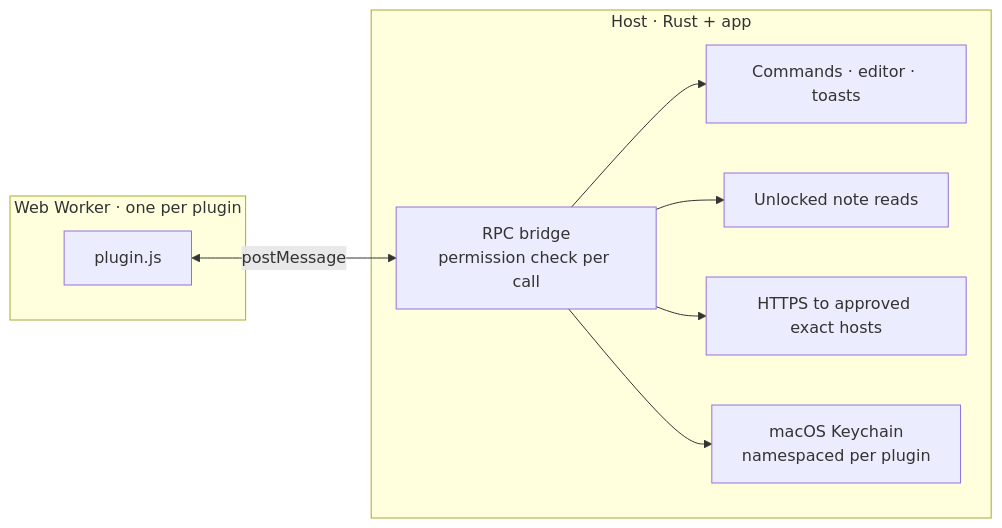
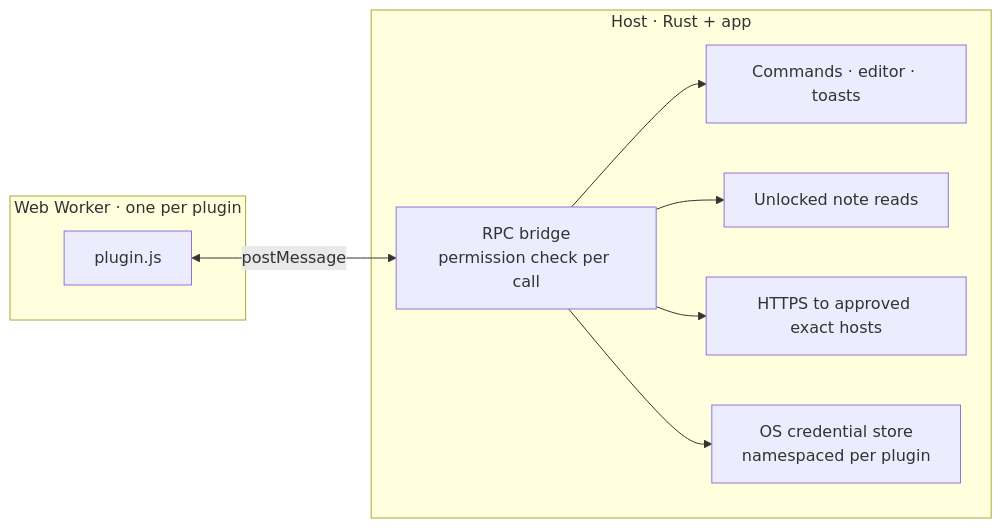
The third of 3 diagrams in docs/ARCHITECTURE.md (mauropereiira/Moldavite), drawn with Mermaid before and after one commit. The commit also changed other lines of this file and 7 other files, not shown here.

````diff
--- a/docs/ARCHITECTURE.md
+++ b/docs/ARCHITECTURE.md
@@ -73,18 +73,18 @@
 ```mermaid
 flowchart LR
     subgraph WK["Web Worker · one per plugin"]
         P["plugin.js"]
     end
     subgraph HOST["Host · Rust + app"]
         B["RPC bridge<br/>permission check per call"]
         CMD["Commands · editor · toasts"]
         NOTE["Unlocked note reads"]
         NET["HTTPS to approved exact hosts"]
-        KC["macOS Keychain<br/>namespaced per plugin"]
+        KC["OS credential store<br/>namespaced per plugin"]
     end
     P <-- "postMessage" --> B
     B --> CMD
     B --> NOTE
     B --> NET
     B --> KC
 ```
````
